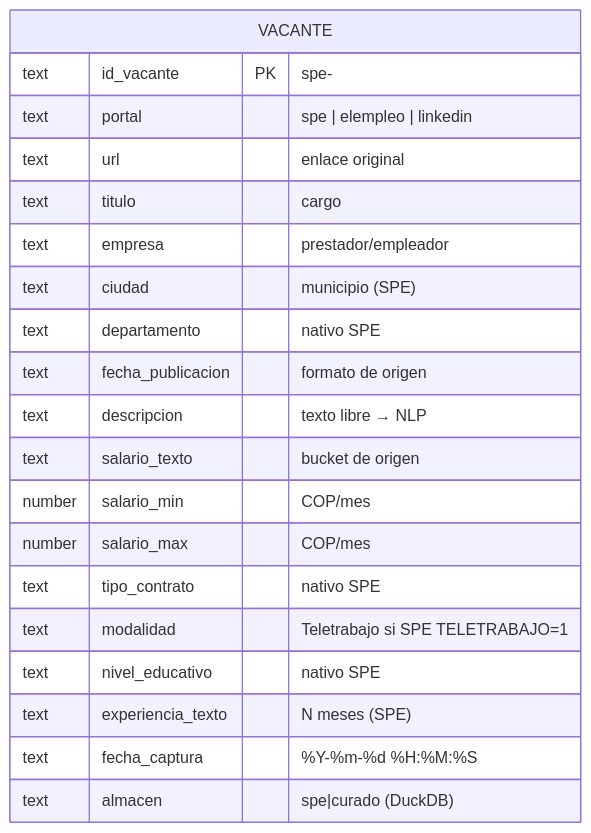
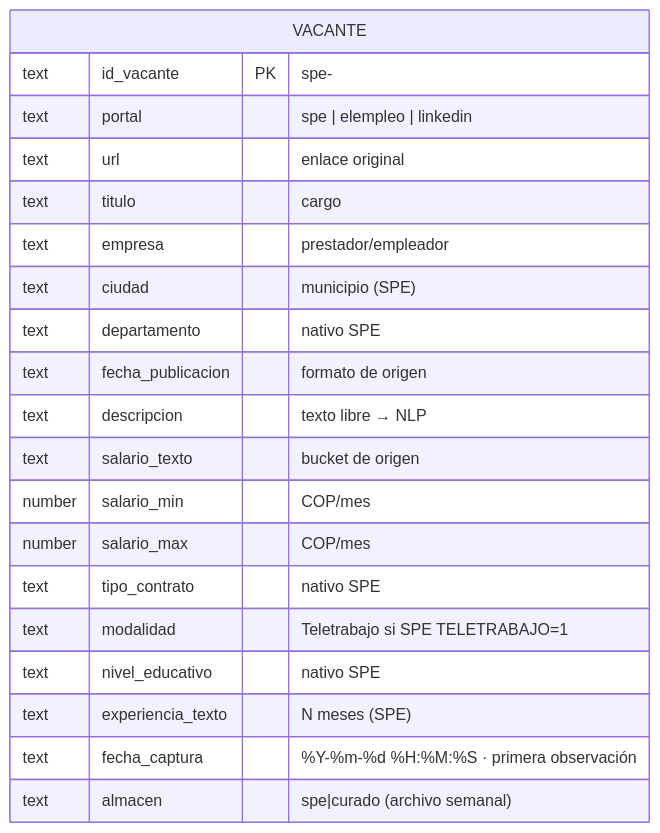
The seventh of 8 diagrams in docs/arquitectura.md (shalom-A26/SEXTANTE), drawn with Mermaid before and after one commit. The commit also changed other lines of this file and 9 other files, not shown here.

````diff
--- a/docs/arquitectura.md
+++ b/docs/arquitectura.md
@@ -302,23 +308,23 @@
 ```mermaid
 erDiagram
     VACANTE {
         text id_vacante PK "spe-<CODIGO_VACANTE>"
         text portal "spe | elempleo | linkedin"
         text url "enlace original"
         text titulo "cargo"
         text empresa "prestador/empleador"
         text ciudad "municipio (SPE)"
         text departamento "nativo SPE"
         text fecha_publicacion "formato de origen"
         text descripcion "texto libre → NLP"
         text salario_texto "bucket de origen"
         number salario_min "COP/mes"
         number salario_max "COP/mes"
         text tipo_contrato "nativo SPE"
         text modalidad "Teletrabajo si SPE TELETRABAJO=1"
         text nivel_educativo "nativo SPE"
         text experiencia_texto "N meses (SPE)"
-        text fecha_captura "%Y-%m-%d %H:%M:%S"
-        text almacen "spe|curado (DuckDB)"
+        text fecha_captura "%Y-%m-%d %H:%M:%S · primera observación"
+        text almacen "spe|curado (archivo semanal)"
     }
 ```
````
